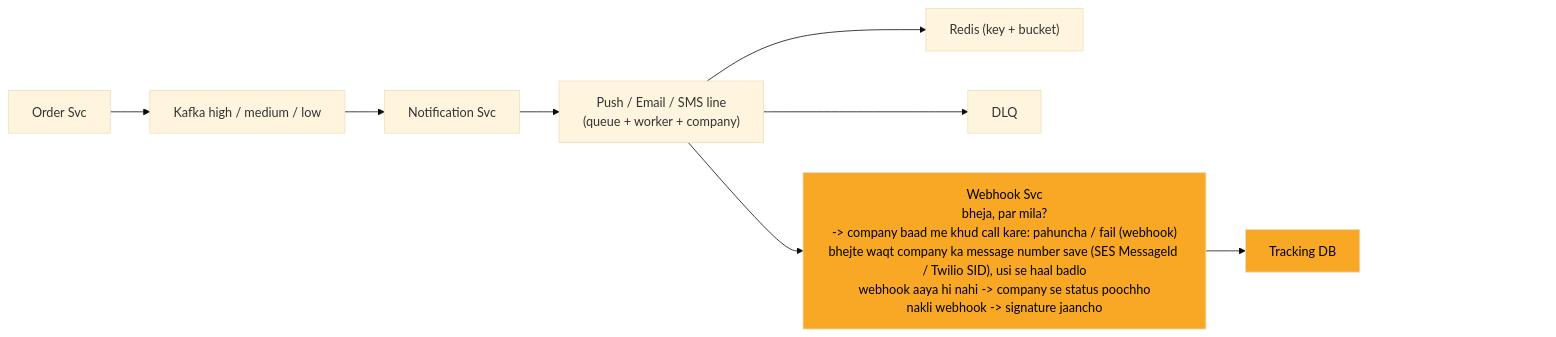
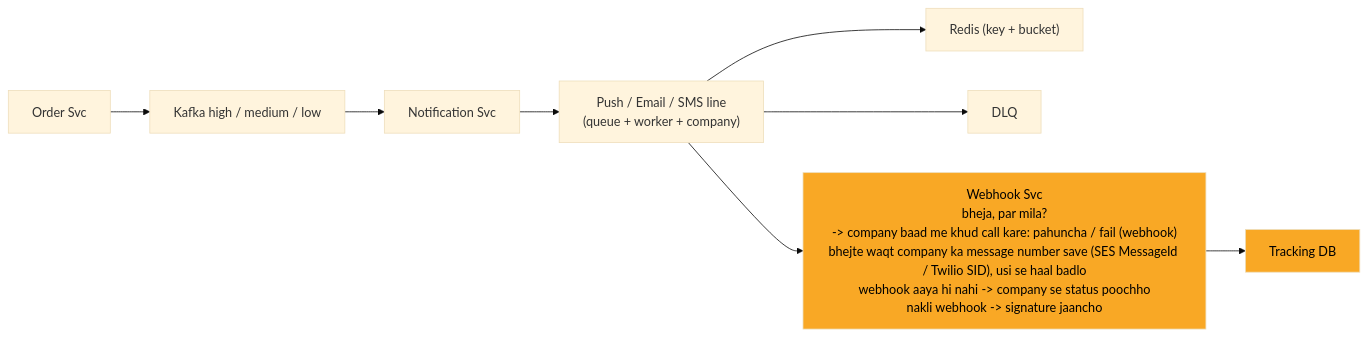
Before and after one commit to ArpanMaheshwari144/Prep: the tenth of 13 diagrams in 04_HLD/SYSTEM_DESIGNS/04_notification_system/04_notification_system.md, drawn with Mermaid (base theme). The commit also changed other lines of this file and 182 other files, not shown here.

Commit message:
hld 14 file: har diagram mermaid-cli se SVG image (source details me), n_pad hataya, render tool 04_HLD/tools

````diff
--- a/04_HLD/SYSTEM_DESIGNS/04_notification_system/04_notification_system.md
+++ b/04_HLD/SYSTEM_DESIGNS/04_notification_system/04_notification_system.md
@@ -435,24 +475,21 @@
 ```mermaid
 %%{init: {"flowchart": {"wrappingWidth": 450}}}%%
 flowchart LR
     n_Order_Svc["Order Svc"]
     n_Kafka["Kafka high / medium / low"]
     n_Notification_Svc["Notification Svc"]
     n_LINES["Push / Email / SMS line<br/>(queue + worker + company)"]
     n_Redis["Redis (key + bucket)"]
     n_DLQ["DLQ"]
     n_Webhook_Svc["Webhook Svc<br/>bheja, par mila?<br/>-> company baad me khud call kare: pahuncha / fail (webhook)<br/>bhejte waqt company ka message number save (SES MessageId / Twilio SID), usi se haal badlo<br/>webhook aaya hi nahi -> company se status poochho<br/>nakli webhook -> signature jaancho"]
     n_Tracking_DB["Tracking DB"]
     n_Order_Svc --> n_Kafka
     n_Kafka --> n_Notification_Svc
     n_Notification_Svc --> n_LINES
     n_LINES --> n_Redis
     n_LINES --> n_DLQ
     n_LINES --> n_Webhook_Svc
     n_Webhook_Svc --> n_Tracking_DB
-    n_pad["xxxxxxxxxxxxxxxx"]
-    n_Tracking_DB ~~~ n_pad
     style n_Webhook_Svc fill:#f9a825,color:#000
     style n_Tracking_DB fill:#f9a825,color:#000
-    style n_pad fill:none,stroke:none,color:#ffffff00
 ```
````
